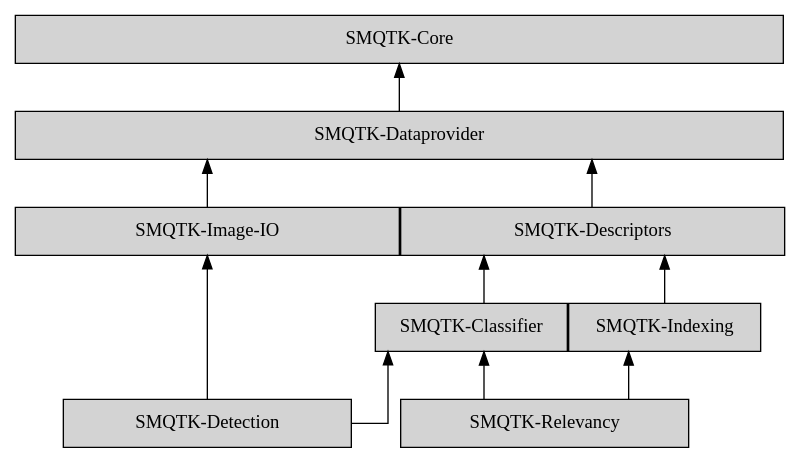
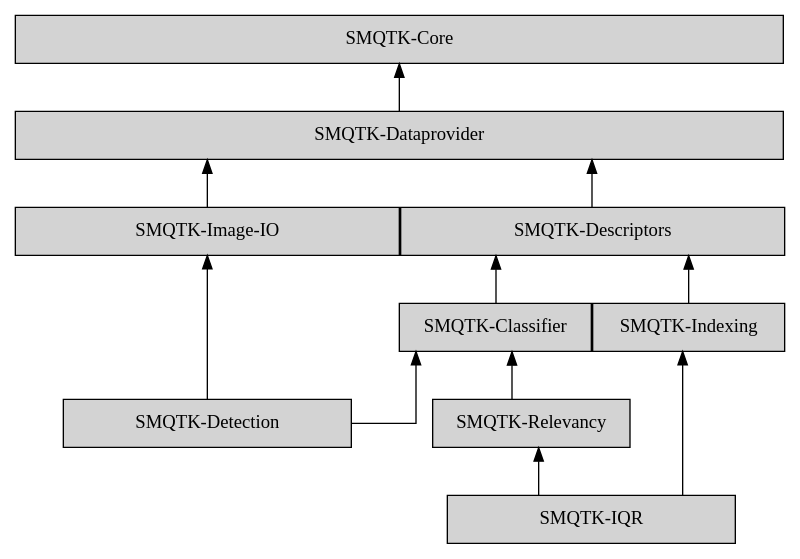
One commit to Kitware/SMQTK-Core changed the diagram in docs/images/dep_block.dot. Above: the diagram before and after it, drawn with Graphviz. The commit also changed 3 other files, not shown here.

Commit message:
Update README to reference smqtk-iqr

```diff
--- a/docs/images/dep_block.dot
+++ b/docs/images/dep_block.dot
@@ -1,81 +1,88 @@
 digraph dependencies {
 
 graph [
     rankdir=BT,     // Direct from the bottom to the top.
     splines=ortho,  // Use straight/elbow lines.
     nodesep=0,
     ranksep=0.5,
 ];
 node [
     shape=box,
     style=filled,
 ];
 
 core [
     label="SMQTK-Core",
     width=8,
     URL="https://github.com/Kitware/SMQTK-Core"
 ];
 dataprovider [
     label="SMQTK-Dataprovider",
     width=8,
     URL="https://github.com/Kitware/SMQTK-Dataprovider",
 ];
 imageio [
     label="SMQTK-Image-IO",
     width=4,
     URL="https://github.com/Kitware/SMQTK-Image-IO",
 ];
 descriptors [
     label="SMQTK-Descriptors",
     width=4,
     URL="https://github.com/Kitware/SMQTK-Descriptors",
 ];
 classifier [
     label="SMQTK-Classifier",
     width=2,
     URL="https://github.com/Kitware/SMQTK-Classifier",
 ];
 indexing [
     label="SMQTK-Indexing",
     width=2,
     URL="https://github.com/Kitware/SMQTK-Indexing",
 ];
 detection [
     label="SMQTK-Detection",
     width=3,
     URL="https://github.com/Kitware/SMQTK-Detection",
 ];
 relevancy [
     label="SMQTK-Relevancy",
+    width=2,
+    URL="https://github.com/Kitware/SMQTK-Relevancy",
+];
+iqr [
+    label="SMQTK-IQR",
     width=3,
-    URL="https://github.com/Kitware/SMQTK-Relevancy",
+    URL="https://github.com/Kitware/SMQTK-IQR",
 ];
 
 {rank=same; core;}
 {rank=same; dataprovider;}
 {rank=same; descriptors imageio;}
 {rank=same; classifier indexing;}
 {rank=same; detection relevancy;}
+{rank=same; iqr;}
 
 dataprovider -> core;
 imageio -> dataprovider;
 descriptors -> dataprovider;
 detection -> imageio;
 detection -> classifier [constraint=false];
 indexing -> descriptors;
 classifier -> descriptors;
 relevancy -> classifier;
-relevancy -> indexing;
+iqr -> relevancy;
+iqr -> indexing;
 
 }
 
 // inotifywait -e close_write -m . |
 //   while read -r directory events filename
 //   do
 //     if [[ "$filename" = "dep_block.dot" ]]
 //     then
 //       echo "Regenerating dep_block.svg"
 //       dot dep_block.dot -Tsvg -o dep_block.svg
 //     fi
 //   done;
```
